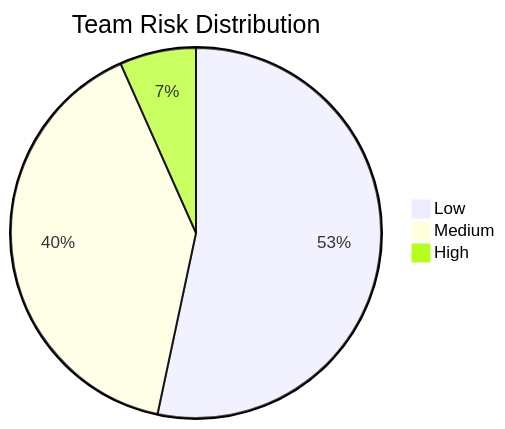
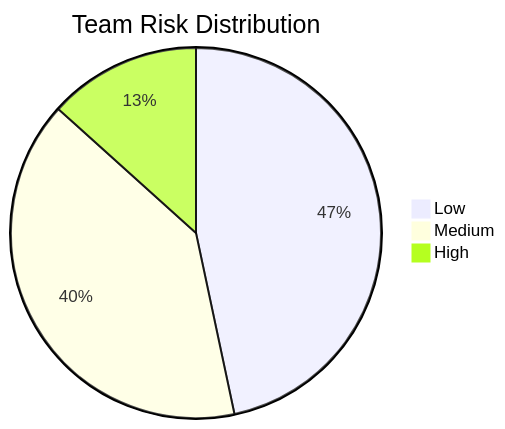
One commit to techsuresh82/fpl-analyzer changed the third of 6 diagrams in fpl_report.md. Above: the diagram before and after it, drawn with Mermaid. The commit also changed other lines of this file, not shown here.

````diff
--- a/fpl_report.md
+++ b/fpl_report.md
@@ -182,6 +181,6 @@
 ```mermaid
 pie title Team Risk Distribution
-    "Low" : 8
+    "Low" : 7
     "Medium" : 6
-    "High" : 1
+    "High" : 2
 ```
````
